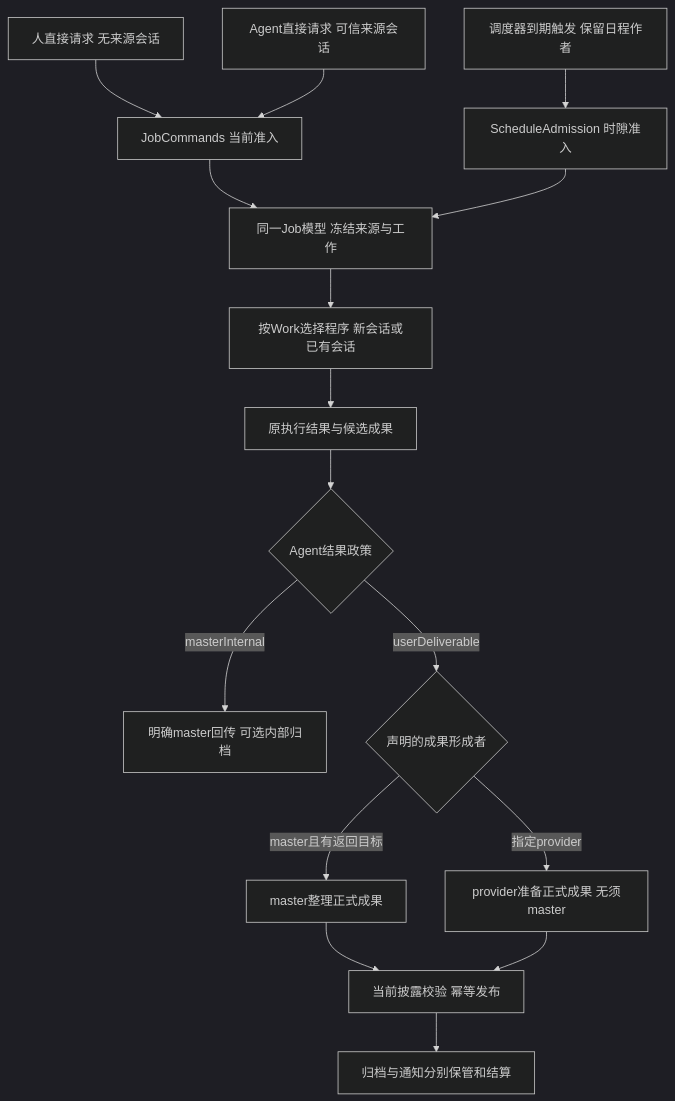
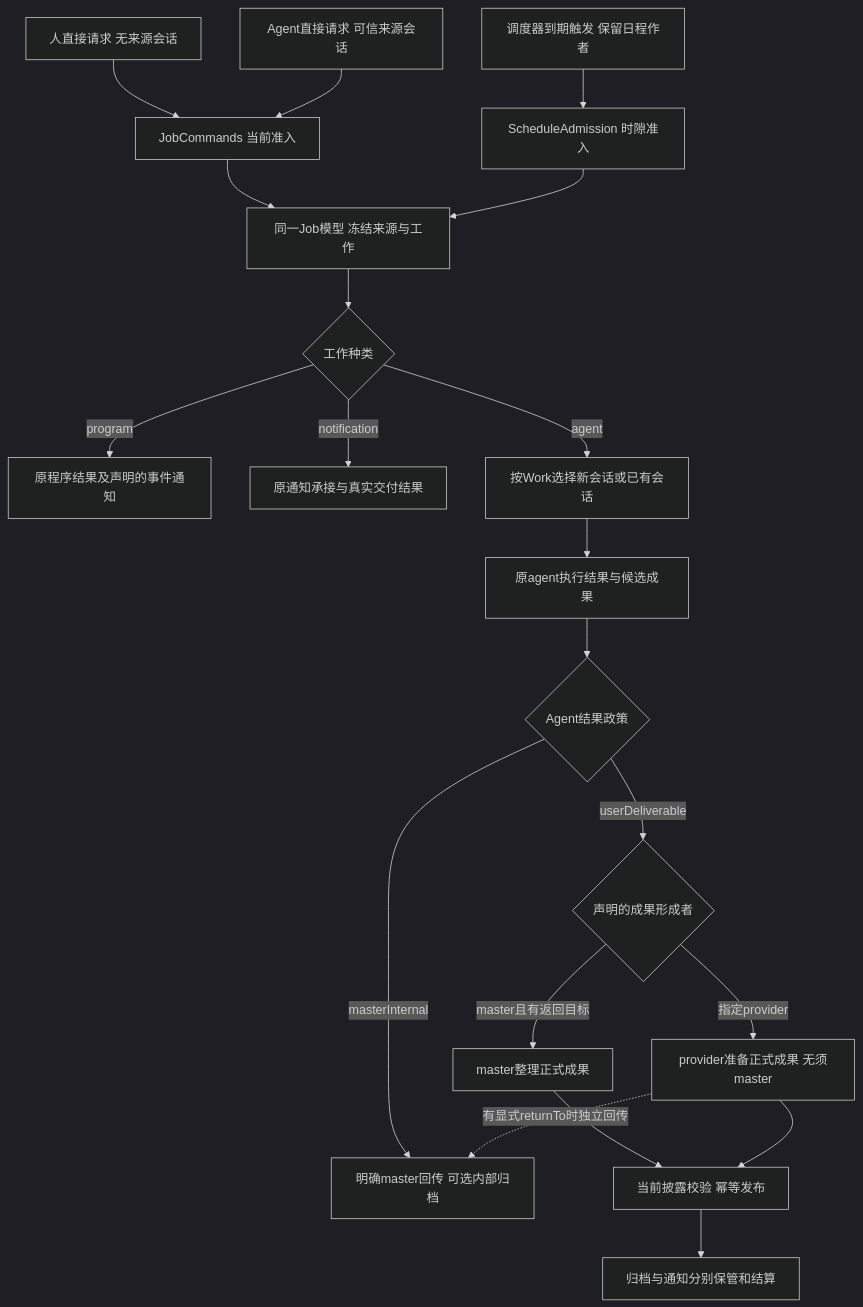
The fifth of 5 diagrams in packages/schedule/schedule/docs/key-flows.md (nemori-ai/omne-harness-lite), drawn with Mermaid (dark theme) before and after one commit. The commit also changed other lines of this file and 3 other files, not shown here.

````diff
--- a/packages/schedule/schedule/docs/key-flows.md
+++ b/packages/schedule/schedule/docs/key-flows.md
@@ -135,18 +135,22 @@
 ```mermaid
 flowchart TD
     H[人直接请求 无来源会话] --> Direct[JobCommands 当前准入]
     A[Agent直接请求 可信来源会话] --> Direct
     S[调度器到期触发 保留日程作者] --> Scheduled[ScheduleAdmission 时隙准入]
     Direct --> J[同一Job模型 冻结来源与工作]
     Scheduled --> J
-    J --> Exec[按Work选择程序 新会话或已有会话]
-    Exec --> Result[原执行结果与候选成果]
+    J --> Kind{工作种类}
+    Kind -->|program| Program[原程序结果及声明的事件通知]
+    Kind -->|notification| Notice[原通知承接与真实交付结果]
+    Kind -->|agent| Exec[按Work选择新会话或已有会话]
+    Exec --> Result[原agent执行结果与候选成果]
     Result --> Policy{Agent结果政策}
     Policy -->|masterInternal| Return[明确master回传 可选内部归档]
     Policy -->|userDeliverable| Prepare{声明的成果形成者}
     Prepare -->|master且有返回目标| M[master整理正式成果]
     Prepare -->|指定provider| P[provider准备正式成果 无须master]
     M --> Publish[当前披露校验 幂等发布]
     P --> Publish
+    P -. 有显式returnTo时独立回传 .-> Return
     Publish --> Tail[归档与通知分别保管和结算]
 ```
````
